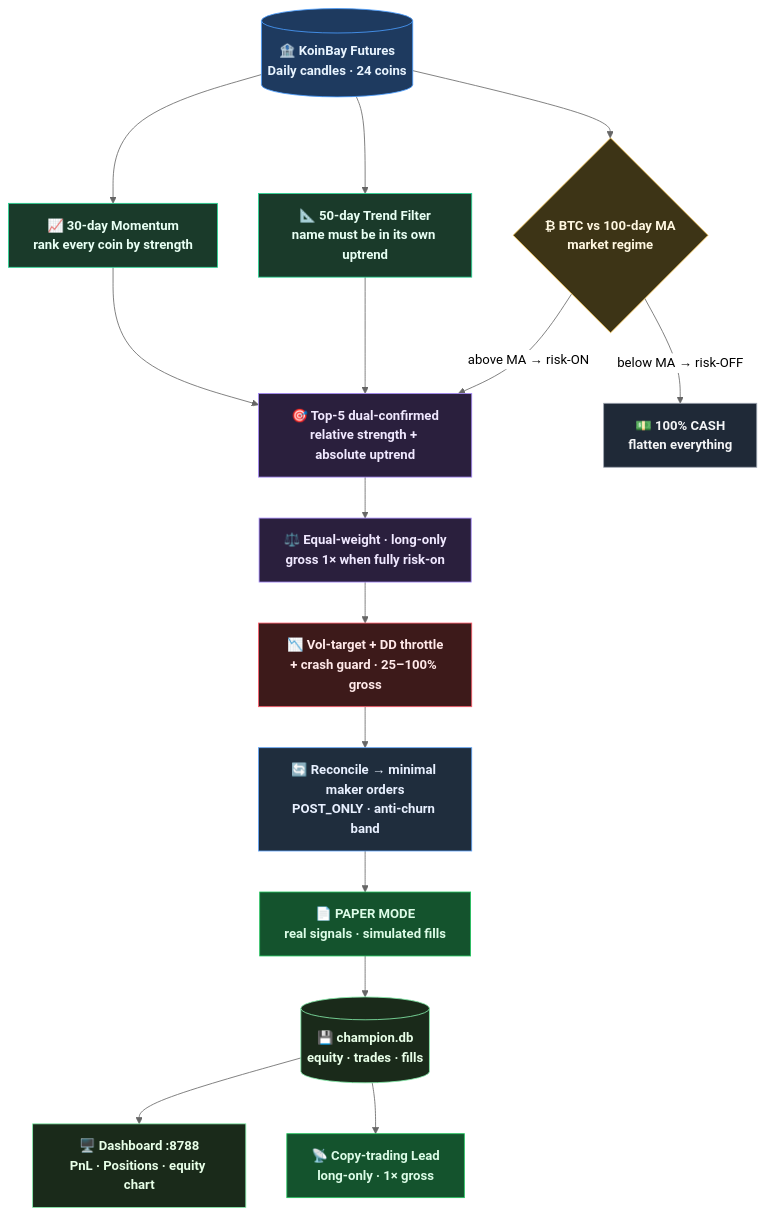
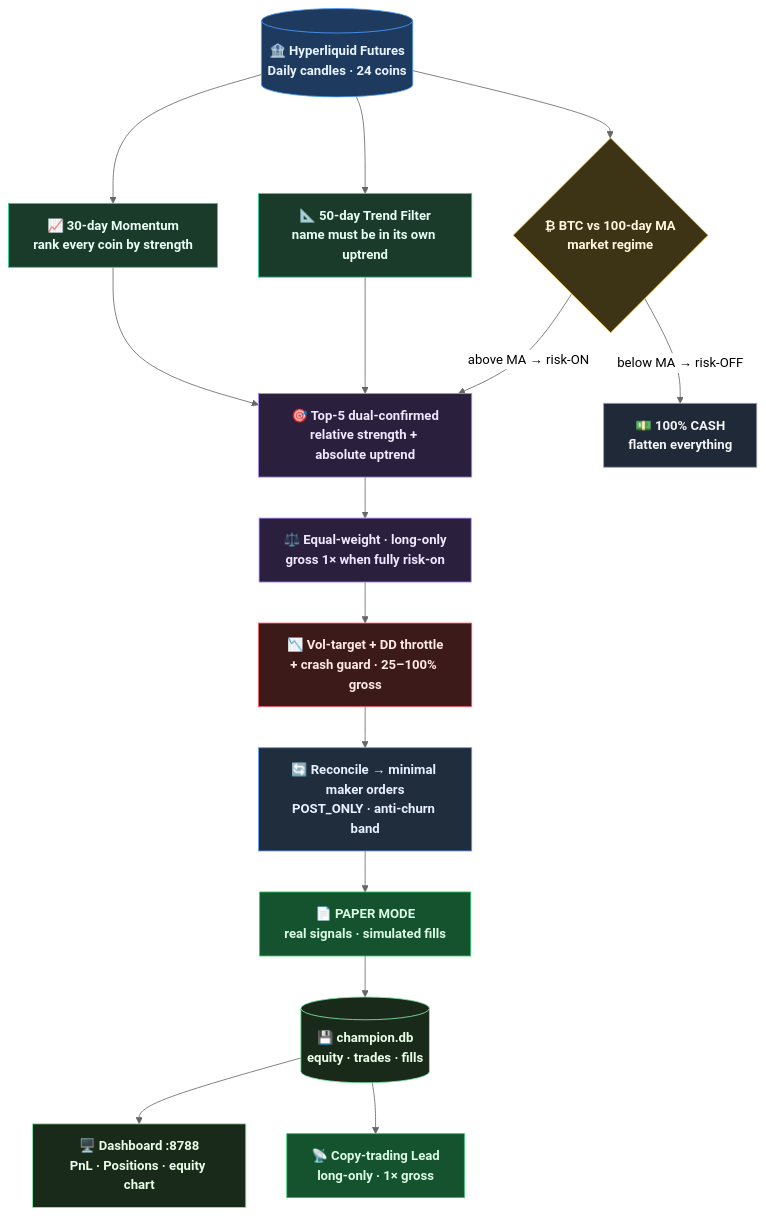
Before and after one commit to adensvaz/Sentinal_Hyperliquid: the second of 3 diagrams in README.md, drawn with Mermaid (neutral theme). The commit also changed other lines of this file and 1 other file, not shown here.

First line of the commit message:
ui+docs: rebrand narrative KoinBay -> Hyperliquid; add Funding-Alpha as 4th strategy

````diff
--- a/README.md
+++ b/README.md
@@ -92,32 +95,32 @@
 ```mermaid
 flowchart TD
     classDef data fill:#1e3a5f,stroke:#4a9eff,color:#e8f4ff,font-weight:bold
     classDef signal fill:#1a3a2a,stroke:#27d796,color:#e8fff4,font-weight:bold
     classDef regime fill:#3d3416,stroke:#f5c451,color:#fff7e0,font-weight:bold
     classDef portfolio fill:#2a1f3d,stroke:#a78bfa,color:#f0e8ff,font-weight:bold
     classDef risk fill:#3d1a1a,stroke:#ff5d6c,color:#ffe8e8,font-weight:bold
     classDef exec fill:#1f2d3d,stroke:#60a5fa,color:#e8f0ff,font-weight:bold
     classDef state fill:#1a2a1a,stroke:#86efac,color:#e8ffe8,font-weight:bold
     classDef good fill:#14532d,stroke:#22c55e,color:#dcfce7,font-weight:bold
     classDef cash fill:#1f2937,stroke:#9ca3af,color:#f3f4f6,font-weight:bold
 
-    KB[("🏦 KoinBay Futures\nDaily candles · 24 coins")]:::data
+    KB[("🏦 Hyperliquid Futures\nDaily candles · 24 coins")]:::data
 
     KB --> MOM["📈 30-day Momentum\nrank every coin by strength"]:::signal
     KB --> TREND["📐 50-day Trend Filter\nname must be in its own uptrend"]:::signal
     KB --> BTC{"₿ BTC vs 100-day MA\nmarket regime"}:::regime
 
     BTC -->|"above MA → risk-ON"| RANK["🎯 Top-5 dual-confirmed\nrelative strength + absolute uptrend"]:::portfolio
     BTC -->|"below MA → risk-OFF"| CASH["💵 100% CASH\nflatten everything"]:::cash
 
     MOM --> RANK
     TREND --> RANK
     RANK --> SIZE["⚖️ Equal-weight · long-only\ngross 1× when fully risk-on"]:::portfolio
     SIZE --> DRISK["📉 Vol-target + DD throttle\n+ crash guard · 25–100% gross"]:::risk
     DRISK --> RECON["🔄 Reconcile → minimal maker orders\nPOST_ONLY · anti-churn band"]:::exec
 
     RECON --> PAPER["📄 PAPER MODE\nreal signals · simulated fills"]:::good
     PAPER --> DB[("💾 champion.db\nequity · trades · fills")]:::state
     DB --> DASH["🖥️ Dashboard :8788\nPnL · Positions · equity chart"]:::state
     DB --> COPY["📡 Copy-trading Lead\nlong-only · 1× gross"]:::good
 ```
````
